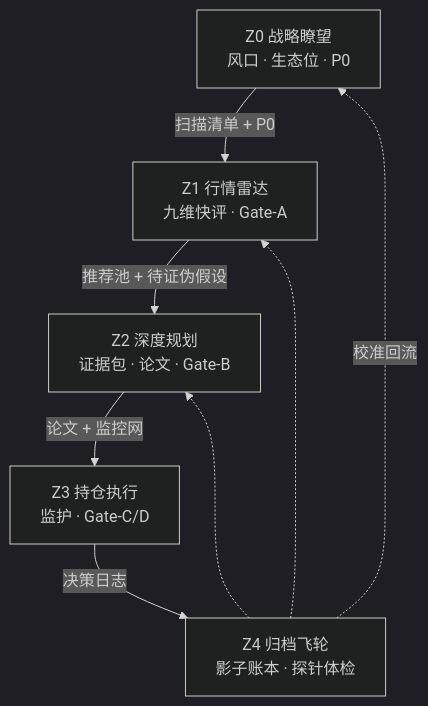
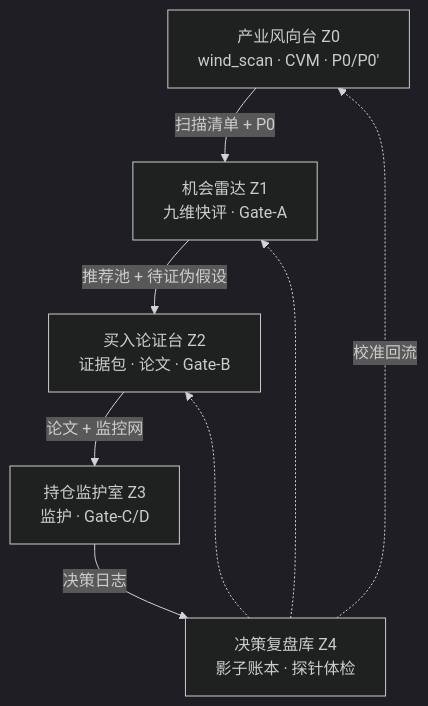
The first of 3 diagrams in 03_原子目标与规约/_共享规约/32_五区漏斗工作流与数据工程标准化规约.md (myxxhui/diting-doc), drawn with Mermaid (dark theme) before and after one commit. The commit also changed other lines of this file and 12 other files, not shown here.

````diff
--- a/03_原子目标与规约/_共享规约/32_五区漏斗工作流与数据工程标准化规约.md
+++ b/03_原子目标与规约/_共享规约/32_五区漏斗工作流与数据工程标准化规约.md
@@ -87,15 +167,15 @@
 ```mermaid
 flowchart TB
-  Z0["Z0 战略瞭望<br/>风口 · 生态位 · P0"]
-  Z1["Z1 行情雷达<br/>九维快评 · Gate-A"]
-  Z2["Z2 深度规划<br/>证据包 · 论文 · Gate-B"]
-  Z3["Z3 持仓执行<br/>监护 · Gate-C/D"]
-  Z4["Z4 归档飞轮<br/>影子账本 · 探针体检"]
+  Z0["产业风向台 Z0<br/>wind_scan · CVM · P0/P0′"]
+  Z1["机会雷达 Z1<br/>九维快评 · Gate-A"]
+  Z2["买入论证台 Z2<br/>证据包 · 论文 · Gate-B"]
+  Z3["持仓监护室 Z3<br/>监护 · Gate-C/D"]
+  Z4["决策复盘库 Z4<br/>影子账本 · 探针体检"]
   Z0 -->|"扫描清单 + P0"| Z1
   Z1 -->|"推荐池 + 待证伪假设"| Z2
   Z2 -->|"论文 + 监控网"| Z3
   Z3 -->|"决策日志"| Z4
   Z4 -.->|"校准回流"| Z0
   Z4 -.-> Z1
   Z4 -.-> Z2
 ```
````
